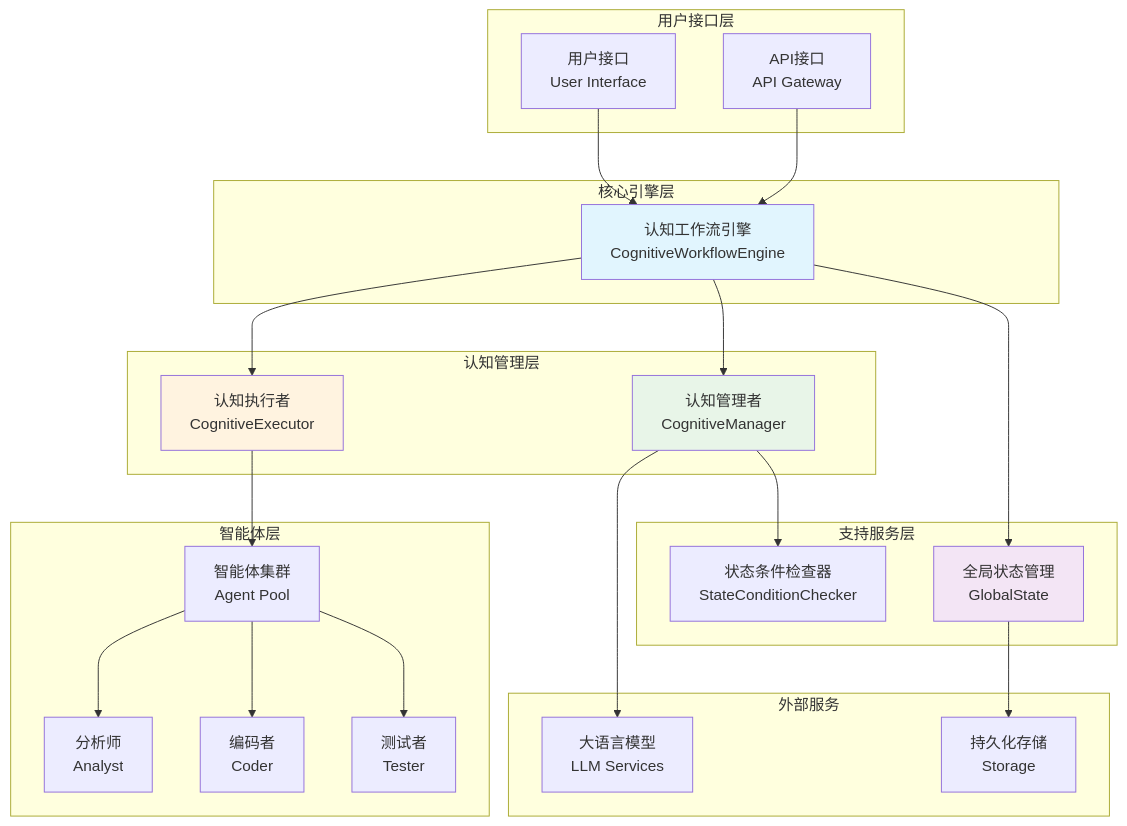
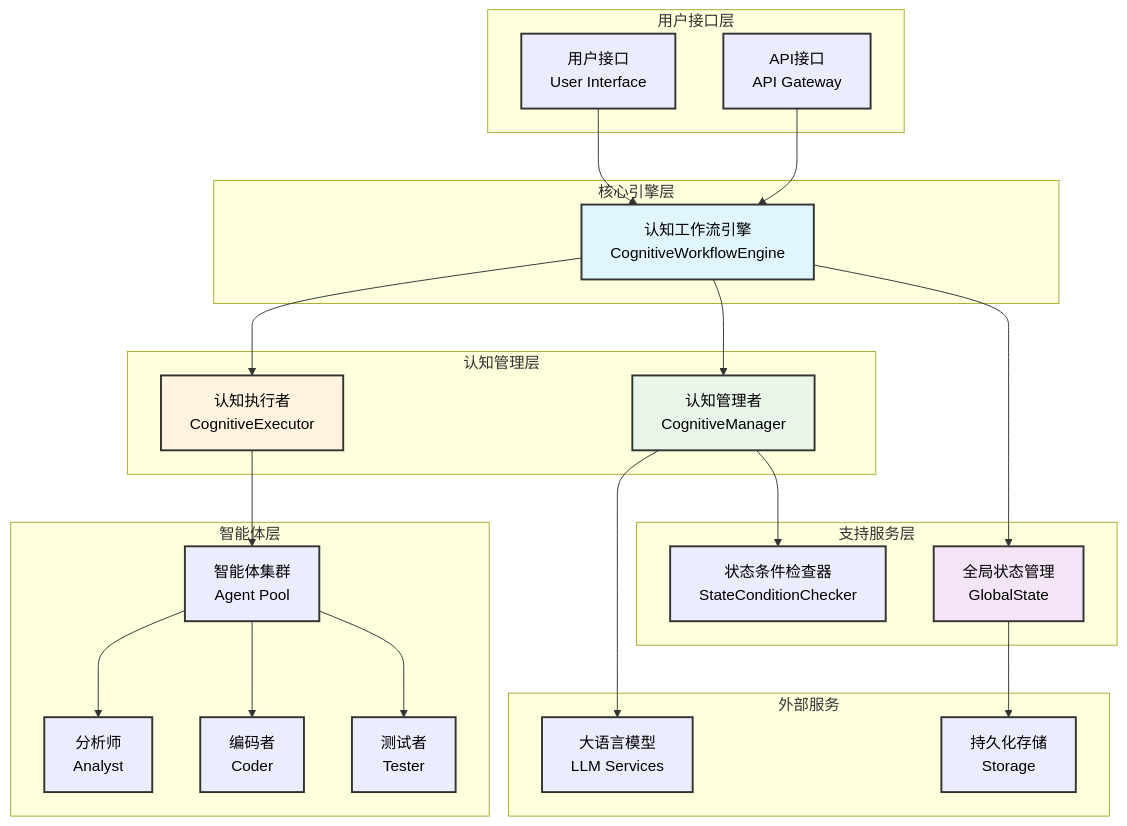
Before and after one commit to guci314/AgentFramework: the first of 5 diagrams in CognitiveWorkflow/认知工作流系统架构文档.md, drawn with Mermaid. The commit also changed other lines of this file and 713 other files, not shown here.

````diff
--- a/CognitiveWorkflow/认知工作流系统架构文档.md
+++ b/CognitiveWorkflow/认知工作流系统架构文档.md
@@ -26,51 +26,60 @@
 ```mermaid
 graph TB
     subgraph "用户接口层"
         UI["用户接口<br/>User Interface"]
         API["API接口<br/>API Gateway"]
     end
     
     subgraph "核心引擎层"
         Engine["认知工作流引擎<br/>CognitiveWorkflowEngine"]
     end
     
     subgraph "认知管理层"
         Manager["认知管理者<br/>CognitiveManager"]
         Executor["认知执行者<br/>CognitiveExecutor"]
     end
     
     subgraph "支持服务层"
         StateChecker["状态条件检查器<br/>StateConditionChecker"]
         GlobalState["全局状态管理<br/>GlobalState"]
     end
     
     subgraph "智能体层"
         Agents["智能体集群<br/>Agent Pool"]
         Agent1["分析师<br/>Analyst"]
         Agent2["编码者<br/>Coder"]
         Agent3["测试者<br/>Tester"]
     end
     
     subgraph "外部服务"
         LLM["大语言模型<br/>LLM Services"]
         Storage["持久化存储<br/>Storage"]
     end
     
     UI --> Engine
     API --> Engine
     Engine --> Manager
     Engine --> Executor
     Engine --> GlobalState
     Manager --> StateChecker
     Manager --> LLM
     Executor --> Agents
     Agents --> Agent1
     Agents --> Agent2
     Agents --> Agent3
     GlobalState --> Storage
     
-    style Engine fill:#e1f5fe
-    style Manager fill:#e8f5e8
-    style Executor fill:#fff3e0
-    style GlobalState fill:#f3e5f5
+    style Engine fill:#e1f5fe,color:#000000,stroke:#333333,stroke-width:2px
+    style Manager fill:#e8f5e8,color:#000000,stroke:#333333,stroke-width:2px
+    style Executor fill:#fff3e0,color:#000000,stroke:#333333,stroke-width:2px
+    style GlobalState fill:#f3e5f5,color:#000000,stroke:#333333,stroke-width:2px
+    style UI color:#000000,stroke:#333333,stroke-width:2px
+    style API color:#000000,stroke:#333333,stroke-width:2px
+    style StateChecker color:#000000,stroke:#333333,stroke-width:2px
+    style Agents color:#000000,stroke:#333333,stroke-width:2px
+    style Agent1 color:#000000,stroke:#333333,stroke-width:2px
+    style Agent2 color:#000000,stroke:#333333,stroke-width:2px
+    style Agent3 color:#000000,stroke:#333333,stroke-width:2px
+    style LLM color:#000000,stroke:#333333,stroke-width:2px
+    style Storage color:#000000,stroke:#333333,stroke-width:2px
 ```
````
